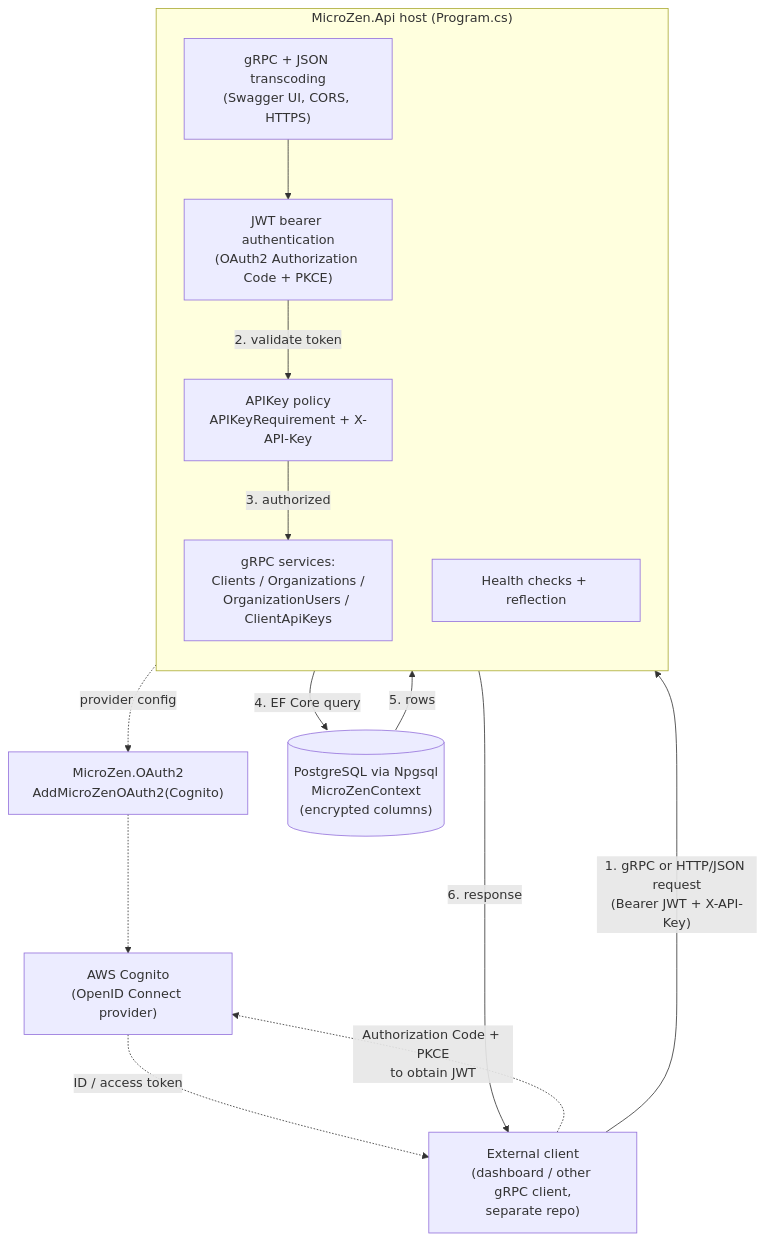
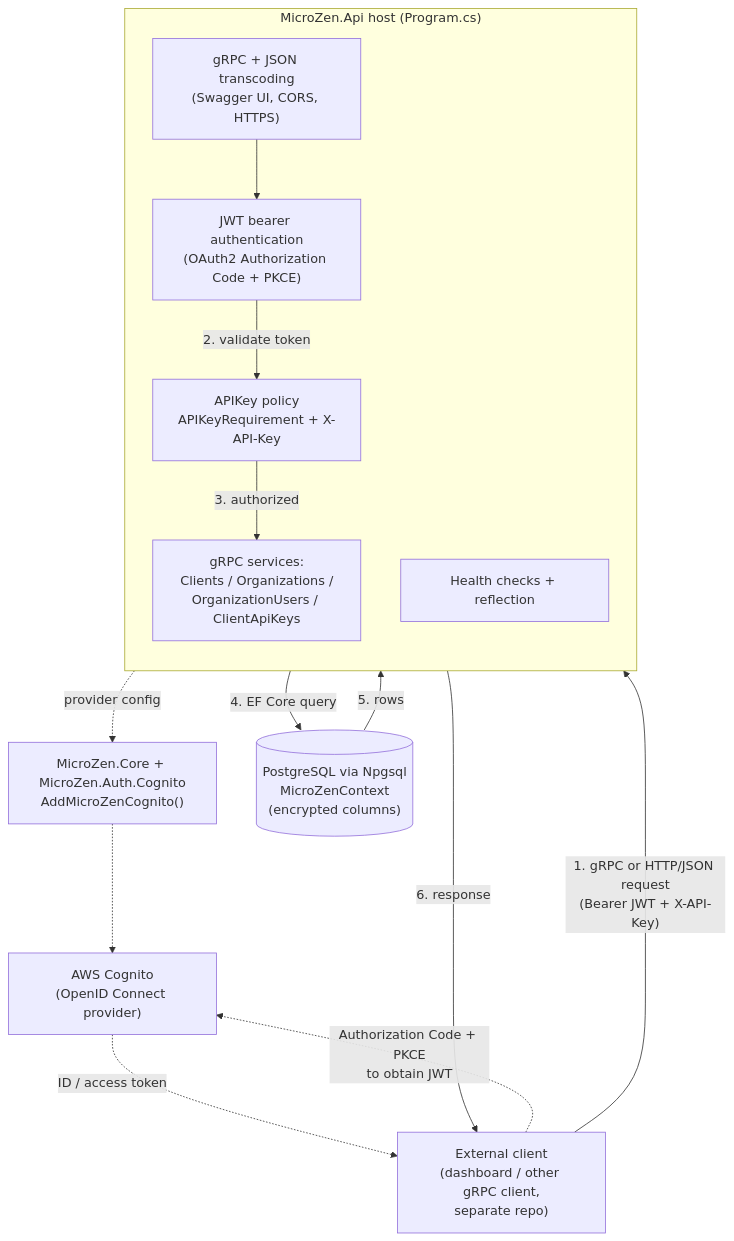
Before and after one commit to MicroZenHub/MicroZen: the diagram in docs/architecture.md, drawn with Mermaid. The commit also changed other lines of this file and 36 other files, not shown here.

Commit message:
feat: split MicroZen.OAuth2 into MicroZen.Core and MicroZen.Auth.Cognito (#105)

````diff
--- a/docs/architecture.md
+++ b/docs/architecture.md
@@ -106,30 +107,30 @@
 ```mermaid
 flowchart TD
     FE["External client<br/>(dashboard / other gRPC client,<br/>separate repo)"]
 
     subgraph API["MicroZen.Api host (Program.cs)"]
         direction TB
         EDGE["gRPC + JSON transcoding<br/>(Swagger UI, CORS, HTTPS)"]
         AUTHN["JWT bearer authentication<br/>(OAuth2 Authorization Code + PKCE)"]
         AUTHZ["APIKey policy<br/>APIKeyRequirement + X-API-Key"]
         SVC["gRPC services:<br/>Clients / Organizations /<br/>OrganizationUsers / ClientApiKeys"]
         HEALTH["Health checks + reflection"]
     end
 
-    OAUTH["MicroZen.OAuth2<br/>AddMicroZenOAuth2(Cognito)"]
+    OAUTH["MicroZen.Core + MicroZen.Auth.Cognito<br/>AddMicroZenCognito()"]
     IDP["AWS Cognito<br/>(OpenID Connect provider)"]
     DB[("PostgreSQL via Npgsql<br/>MicroZenContext<br/>(encrypted columns)")]
 
     FE -->|"1. gRPC or HTTP/JSON request<br/>(Bearer JWT + X-API-Key)"| EDGE
     FE -. "Authorization Code + PKCE<br/>to obtain JWT" .-> IDP
     IDP -. "ID / access token" .-> FE
 
     EDGE --> AUTHN
     AUTHN -->|"2. validate token"| AUTHZ
     AUTHN -.->|"provider config"| OAUTH
     OAUTH -.-> IDP
     AUTHZ -->|"3. authorized"| SVC
     SVC -->|"4. EF Core query"| DB
     DB -->|"5. rows"| SVC
     SVC -->|"6. response"| FE
 ```
````
